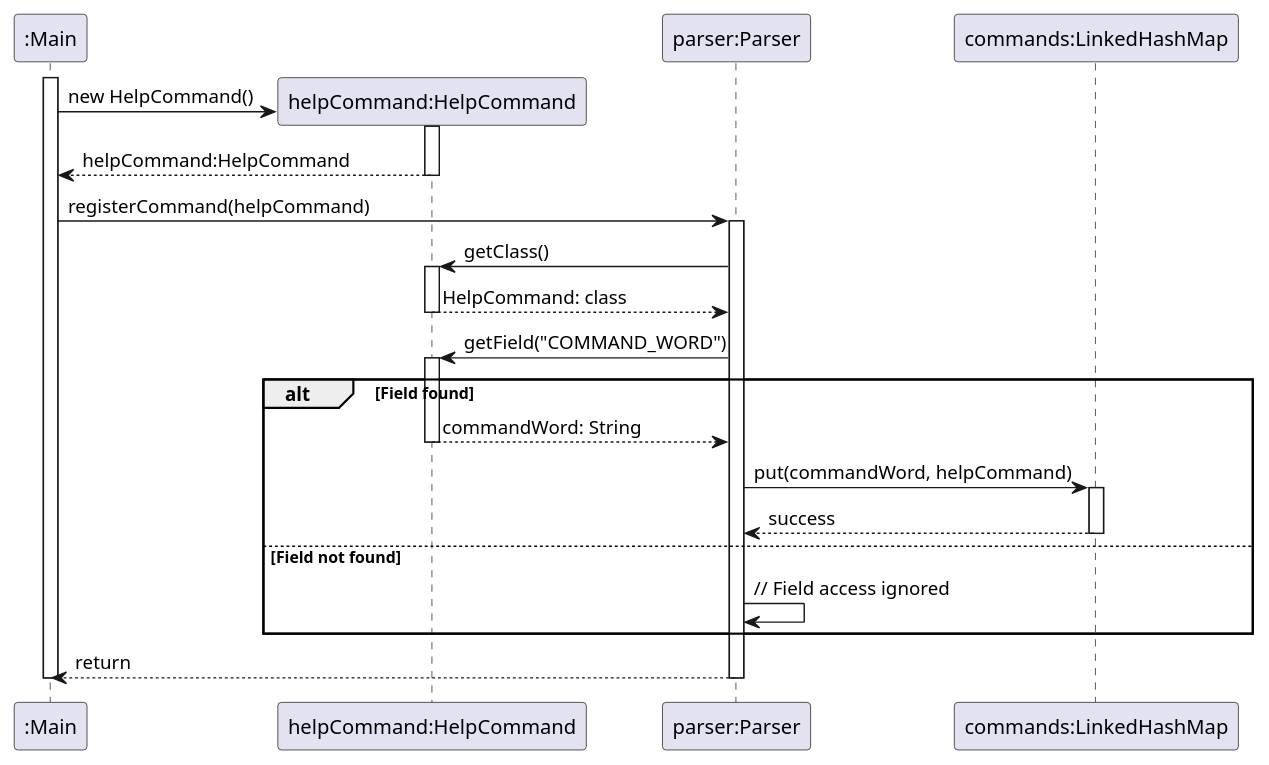
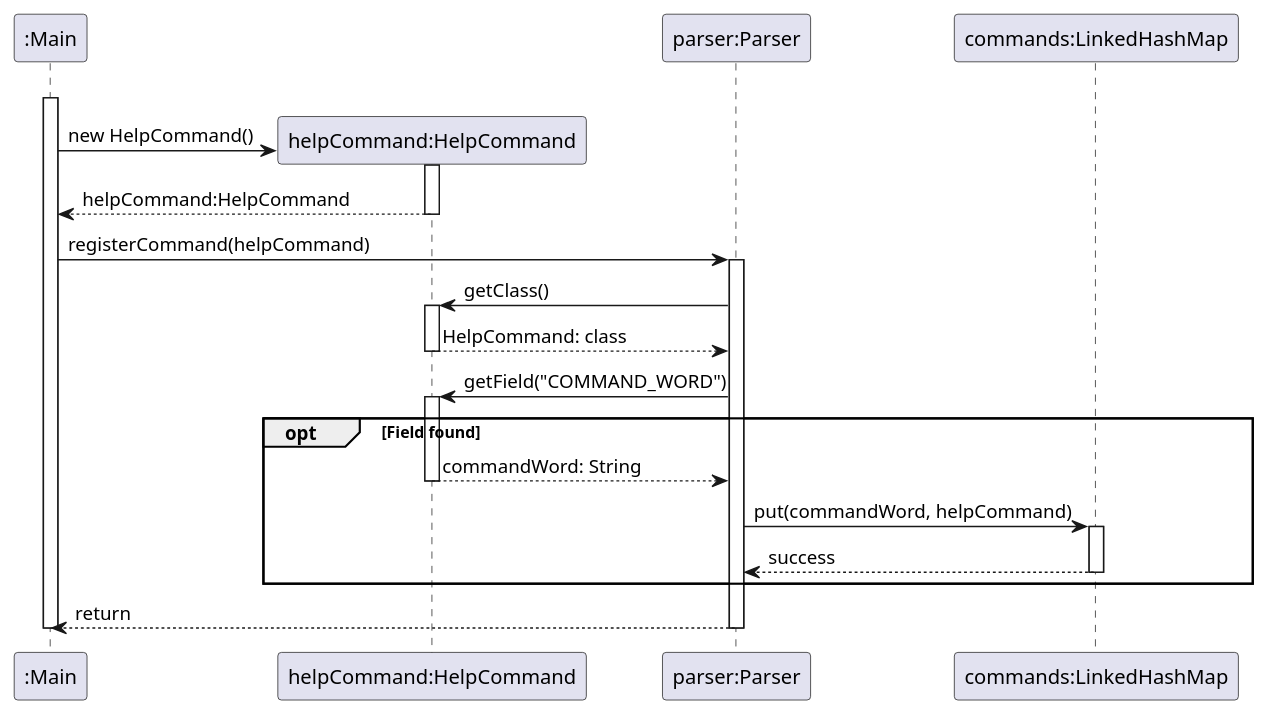
One commit to nus-cs2113-AY2425S1/tp changed the first of 4 diagrams in docs/plantUMLCode/parser-class-diagram.puml. Above: the diagram before and after it, drawn with PlantUML. The commit also changed other lines of this file and 3 other files, not shown here.

Commit message:
Add new diagram for Parser

```diff
--- a/docs/plantUMLCode/parser-class-diagram.puml
+++ b/docs/plantUMLCode/parser-class-diagram.puml
@@ -1,40 +1,40 @@
 @startuml
 participant ":Main" as Main
+"Main" -[hidden]> "Main" :
+
 activate Main
 create "helpCommand:HelpCommand" as HelpCommand
 Main -> HelpCommand: new HelpCommand()
 
 activate HelpCommand
 
 HelpCommand --> Main: helpCommand:HelpCommand
 deactivate HelpCommand
 participant "parser:Parser" as Parser
 Main -> Parser: registerCommand(helpCommand)
 activate Parser
 
 participant "commands:LinkedHashMap" as CommandMap
 
 Parser -> HelpCommand: getClass()
 activate HelpCommand
 HelpCommand --> Parser: HelpCommand: class
 deactivate HelpCommand
 
 Parser -> HelpCommand: getField("COMMAND_WORD")
 activate HelpCommand
-alt Field found
+opt Field found
     HelpCommand --> Parser: commandWord: String
     deactivate HelpCommand
     Parser -> CommandMap: put(commandWord, helpCommand)
     activate CommandMap
 
     CommandMap --> Parser: success
 
     deactivate CommandMap
-else Field not found
-    Parser -> Parser: // Field access ignored
 end
 
 Parser --> Main: return
 deactivate Parser
 deactivate Main
 @enduml
```
